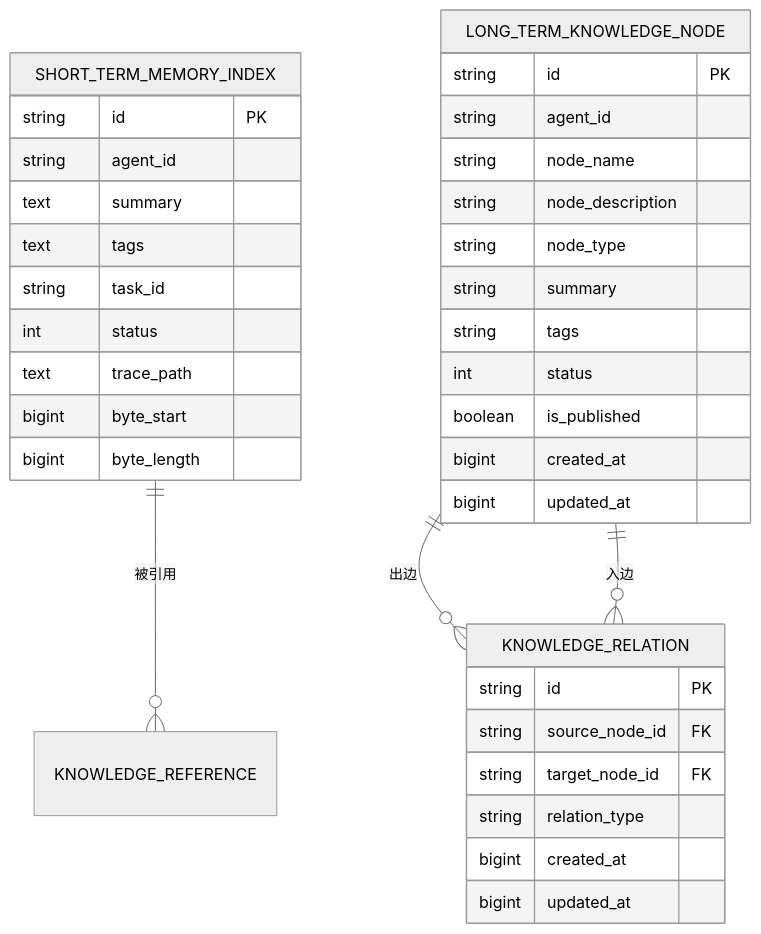
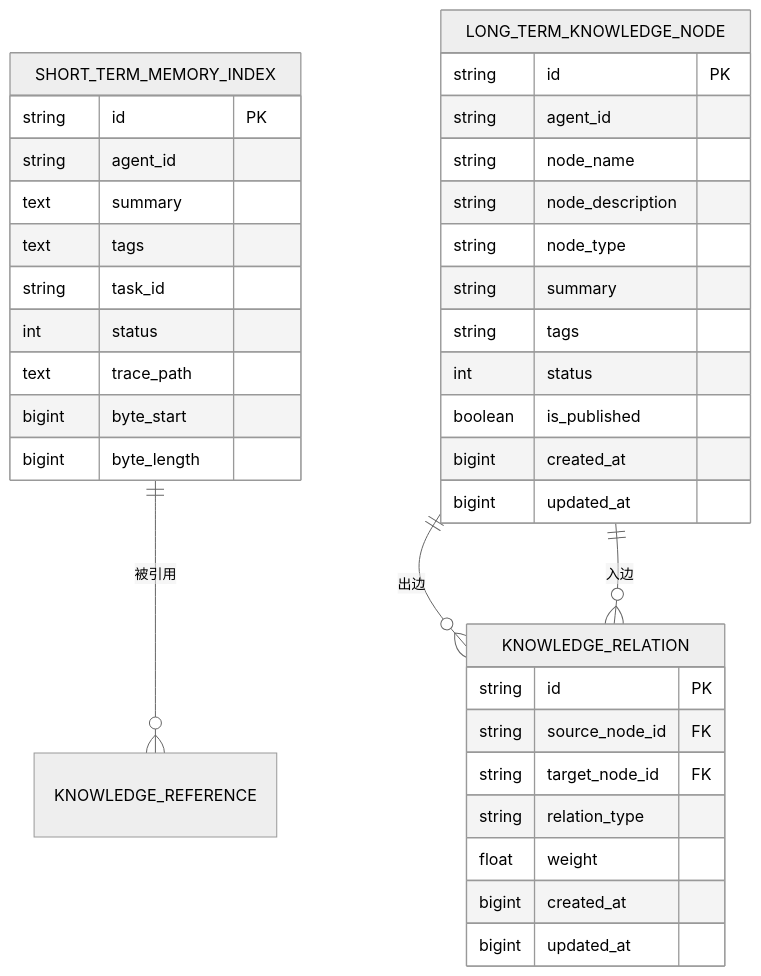
One commit to runningcoders/ai_orz changed the third of 8 diagrams in docs/wiki/zh/content/项目概述/核心功能特性/综合搜索能力/知识图谱搜索.md. Above: the diagram before and after it, drawn with Mermaid (neutral theme). The commit also changed other lines of this file and 34 other files, not shown here.

First line of the commit message:
feat(memory): 知识图谱关系强度 weight 全链路 + 匹配相关度语义修正

````diff
--- a/docs/wiki/zh/content/项目概述/核心功能特性/综合搜索能力/知识图谱搜索.md
+++ b/docs/wiki/zh/content/项目概述/核心功能特性/综合搜索能力/知识图谱搜索.md
@@ -157,38 +157,39 @@
 ```mermaid
 erDiagram
 SHORT_TERM_MEMORY_INDEX {
 string id PK
 string agent_id
 text summary
 text tags
 string task_id
 int status
 text trace_path
 bigint byte_start
 bigint byte_length
 }
 LONG_TERM_KNOWLEDGE_NODE {
 string id PK
 string agent_id
 string node_name
 string node_description
 string node_type
 string summary
 string tags
 int status
 boolean is_published
 bigint created_at
 bigint updated_at
 }
 KNOWLEDGE_RELATION {
 string id PK
 string source_node_id FK
 string target_node_id FK
 string relation_type
+float weight
 bigint created_at
 bigint updated_at
 }
 SHORT_TERM_MEMORY_INDEX ||--o{ KNOWLEDGE_REFERENCE : "被引用"
 LONG_TERM_KNOWLEDGE_NODE ||--o{ KNOWLEDGE_RELATION : "出边"
 LONG_TERM_KNOWLEDGE_NODE ||--o{ KNOWLEDGE_RELATION : "入边"
 ```
````
